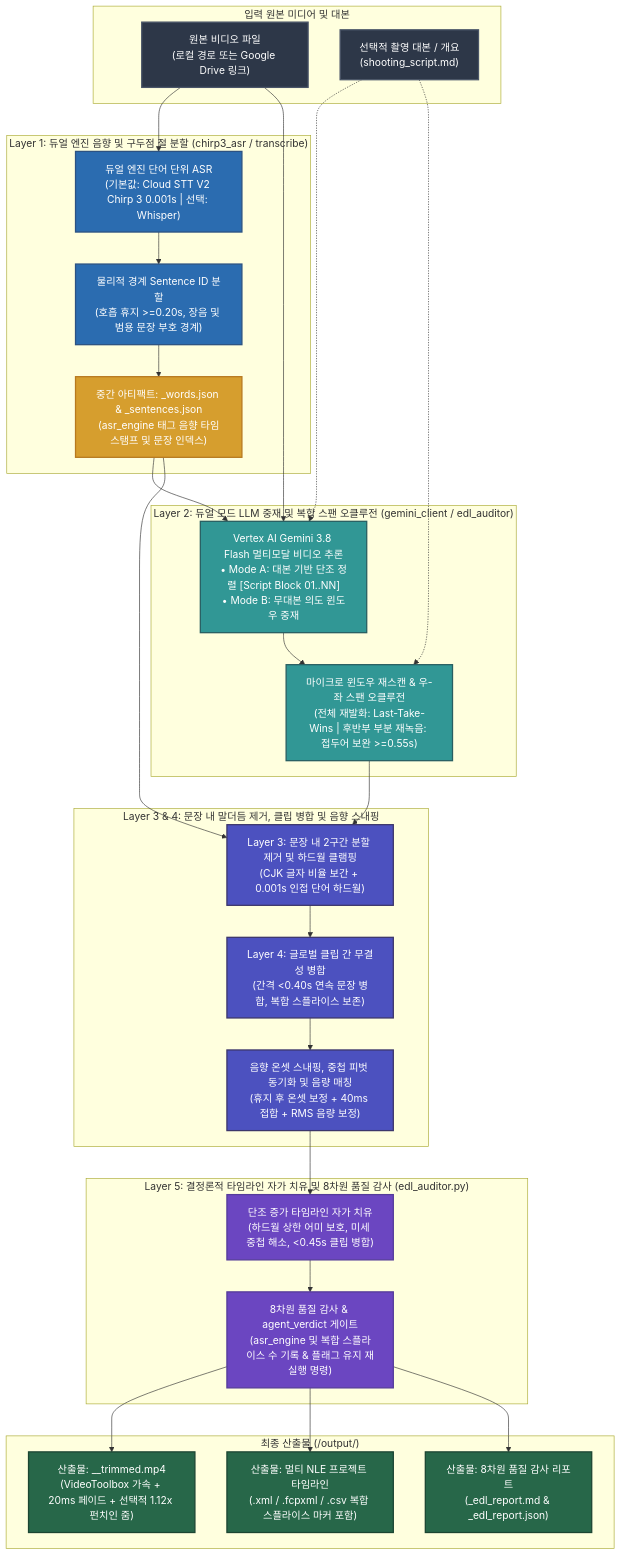
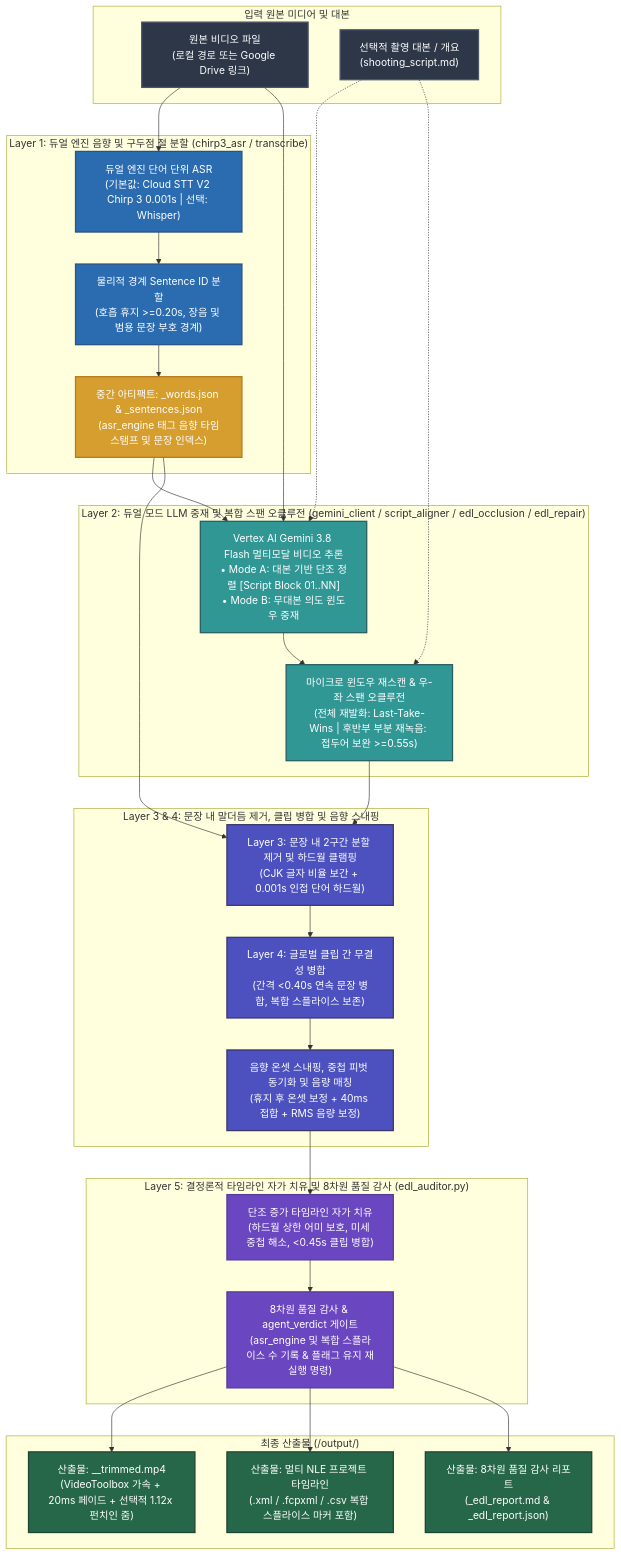
One commit to sylphlin/video-trimmer changed the diagram in README.ko.md. Above: the diagram before and after it, drawn with Mermaid. The commit also changed other lines of this file and 15 other files, not shown here.

Commit message:
refactor: split edl_auditor into script_aligner, edl_occlusion, edl_repair, and edl_auditor

````diff
--- a/README.ko.md
+++ b/README.ko.md
@@ -20,59 +20,59 @@
 ```mermaid
 flowchart TD
     classDef inputStyle fill:#2D3748,stroke:#4A5568,stroke-width:2px,color:#fff;
     classDef stage1Style fill:#2B6CB0,stroke:#2C5282,stroke-width:2px,color:#fff;
     classDef stage2Style fill:#319795,stroke:#285E61,stroke-width:2px,color:#fff;
     classDef stage3Style fill:#4C51BF,stroke:#3C366B,stroke-width:2px,color:#fff;
     classDef stage4Style fill:#6B46C1,stroke:#553C9A,stroke-width:2px,color:#fff;
     classDef artifactStyle fill:#D69E2E,stroke:#B7791F,stroke-width:2px,color:#fff;
     classDef outputStyle fill:#276749,stroke:#1C4532,stroke-width:2px,color:#fff;
 
     subgraph Inputs["입력 원본 미디어 및 대본"]
         IN["원본 비디오 파일<br/>(로컬 경로 또는 Google Drive 링크)"]:::inputStyle
         SC["선택적 촬영 대본 / 개요<br/>(shooting_script.md)"]:::inputStyle
     end
 
     subgraph L1["Layer 1: 듀얼 엔진 음향 및 구두점 절 분할 (chirp3_asr / transcribe)"]
         W_ASR["듀얼 엔진 단어 단위 ASR<br/>(기본값: Cloud STT V2 Chirp 3 0.001s | 선택: Whisper)"]:::stage1Style
         S_SEG["물리적 경계 Sentence ID 분할<br/>(호흡 휴지 >=0.20s, 장음 및 범용 문장 부호 경계)"]:::stage1Style
         W_JSON["중간 아티팩트: <basename>_words.json & _sentences.json<br/>(asr_engine 태그 음향 타임스탬프 및 문장 인덱스)"]:::artifactStyle
         W_ASR --> S_SEG --> W_JSON
     end
 
-    subgraph L2["Layer 2: 듀얼 모드 LLM 중재 및 복합 스팬 오클루전 (gemini_client / edl_auditor)"]
+    subgraph L2["Layer 2: 듀얼 모드 LLM 중재 및 복합 스팬 오클루전 (gemini_client / script_aligner / edl_occlusion / edl_repair)"]
         MODE["Vertex AI Gemini 3.8 Flash 멀티모달 비디오 추론<br/>• Mode A: 대본 기반 단조 정렬 [Script Block 01..NN]<br/>• Mode B: 무대본 의도 윈도우 중재"]:::stage2Style
         REPAIR["마이크로 윈도우 재스캔 & 우-좌 스팬 오클루전<br/>(전체 재발화: Last-Take-Wins | 후반부 부분 재녹음: 접두어 보완 >=0.55s)"]:::stage2Style
         MODE --> REPAIR
     end
 
     subgraph L3_L4["Layer 3 & 4: 문장 내 말더듬 제거, 클립 병합 및 음향 스내핑"]
         L3["Layer 3: 문장 내 2구간 분할 제거 및 하드월 클램핑<br/>(CJK 글자 비율 보간 + 0.001s 인접 단어 하드월)"]:::stage3Style
         L4["Layer 4: 글로벌 클립 간 무결성 병합<br/>(간격 <0.40s 연속 문장 병합, 복합 스플라이스 보존)"]:::stage3Style
         AC["음향 온셋 스내핑, 중첩 피벗 동기화 및 음량 매칭<br/>(휴지 후 온셋 보정 + 40ms 접합 + RMS 음량 보정)"]:::stage3Style
         L3 --> L4 --> AC
     end
 
     subgraph L5["Layer 5: 결정론적 타임라인 자가 치유 및 8차원 품질 감사 (edl_auditor.py)"]
         SAN["단조 증가 타임라인 자가 치유<br/>(하드월 상한 어미 보호, 미세 중첩 해소, <0.45s 클립 병합)"]:::stage4Style
         AUD["8차원 품질 감사 & agent_verdict 게이트<br/>(asr_engine 및 복합 스플라이스 수 기록 & 플래그 유지 재실행 명령)"]:::stage4Style
         SAN --> AUD
     end
 
     subgraph Deliverables["최종 산출물 (<input_dir>/output/)"]
         OUT_MP4["산출물: <basename>_<tag>_trimmed.mp4<br/>(VideoToolbox 가속 + 20ms 페이드 + 선택적 1.12x 펀치인 줌)"]:::outputStyle
         OUT_NLE["산출물: 멀티 NLE 프로젝트 타임라인<br/>(.xml / .fcpxml / .csv 복합 스플라이스 마커 포함)"]:::outputStyle
         OUT_REP["산출물: 8차원 품질 감사 리포트<br/>(_edl_report.md & _edl_report.json)"]:::outputStyle
     end
 
     IN --> W_ASR
     IN --> MODE
     SC -.-> MODE
     W_JSON --> MODE
     SC -.-> REPAIR
     REPAIR --> L3
     W_JSON --> L3
     AC --> SAN
     AUD --> OUT_MP4
     AUD --> OUT_NLE
     AUD --> OUT_REP
 ```
````
